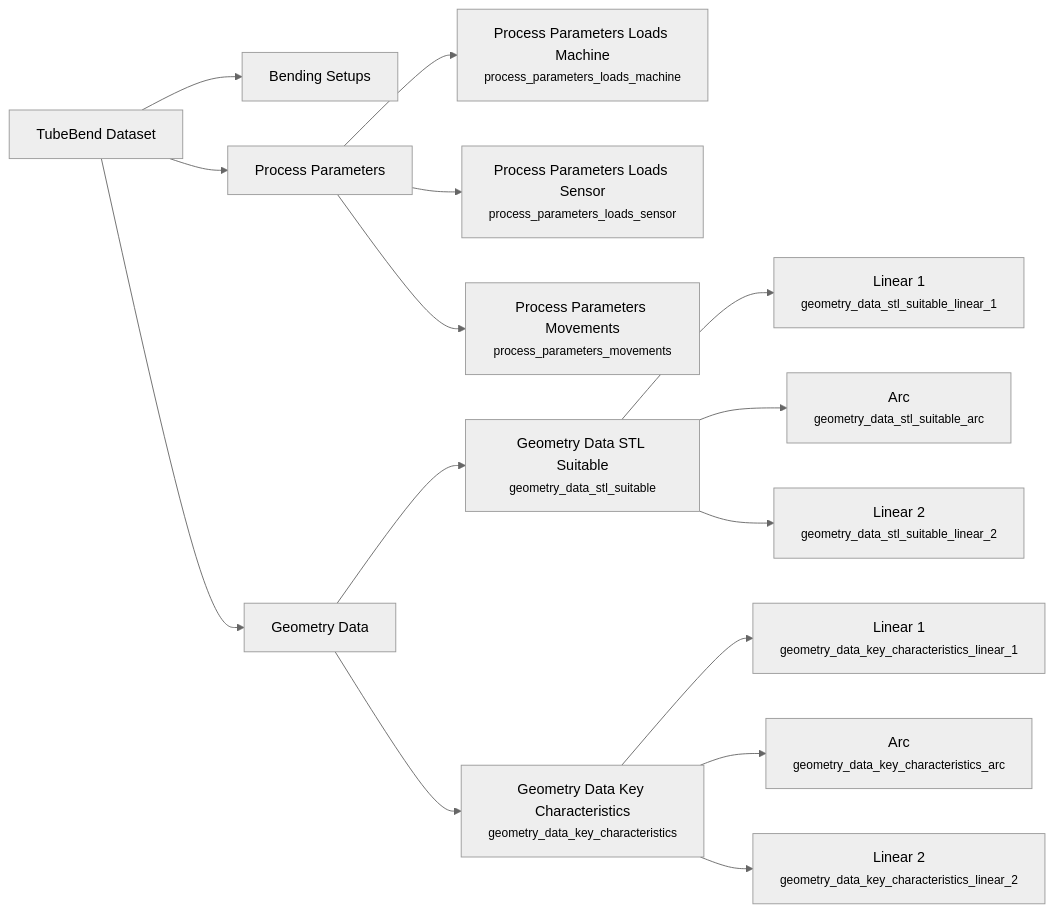
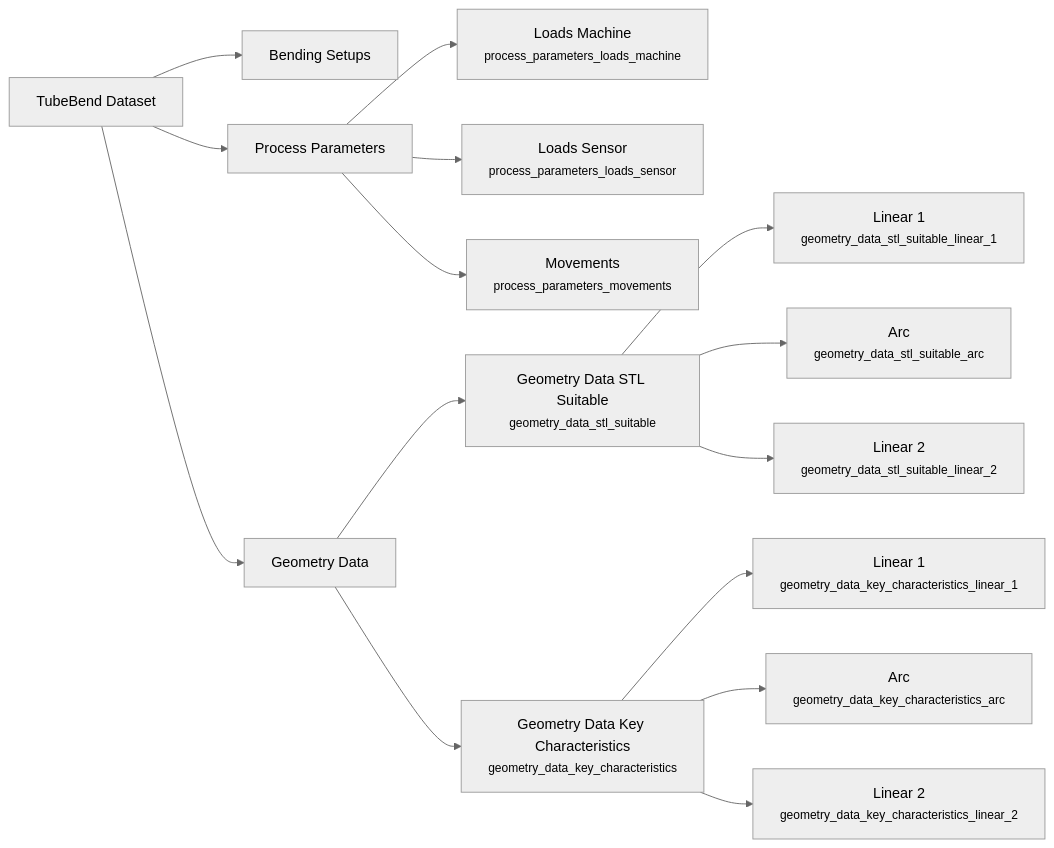
Before and after one commit to zeyneddinoz/tubebend: the diagram in README.md, drawn with Mermaid (neutral theme).

````diff
--- a/README.md
+++ b/README.md
@@ -58,21 +58,21 @@
 ```mermaid
 graph LR
     TB[TubeBend Dataset] --> BS[Bending Setups]
     TB --> PP[Process Parameters]
     TB --> GD[Geometry Data]
     
-    PP --> PPLM[Process Parameters Loads Machine<br/><small>process_parameters_loads_machine</small>]
-    PP --> PPLS[Process Parameters Loads Sensor<br/><small>process_parameters_loads_sensor</small>]
-    PP --> PPM[Process Parameters Movements<br/><small>process_parameters_movements</small>]
+    PP --> PPLM[Loads Machine<br/><small>process_parameters_loads_machine</small>]
+    PP --> PPLS[Loads Sensor<br/><small>process_parameters_loads_sensor</small>]
+    PP --> PPM[Movements<br/><small>process_parameters_movements</small>]
     
     GD --> GDSL[Geometry Data STL Suitable<br/><small>geometry_data_stl_suitable</small>]
     GD --> GDKC[Geometry Data Key Characteristics<br/><small>geometry_data_key_characteristics</small>]
     
     GDSL --> GDSL1[Linear 1<br/><small>geometry_data_stl_suitable_linear_1</small>]
     GDSL --> GDSLA[Arc<br/><small>geometry_data_stl_suitable_arc</small>]
     GDSL --> GDSL2[Linear 2<br/><small>geometry_data_stl_suitable_linear_2</small>]
     
     GDKC --> GDKCL1[Linear 1<br/><small>geometry_data_key_characteristics_linear_1</small>]
     GDKC --> GDKCA[Arc<br/><small>geometry_data_key_characteristics_arc</small>]
     GDKC --> GDKCL2[Linear 2<br/><small>geometry_data_key_characteristics_linear_2</small>]
 ```
````
